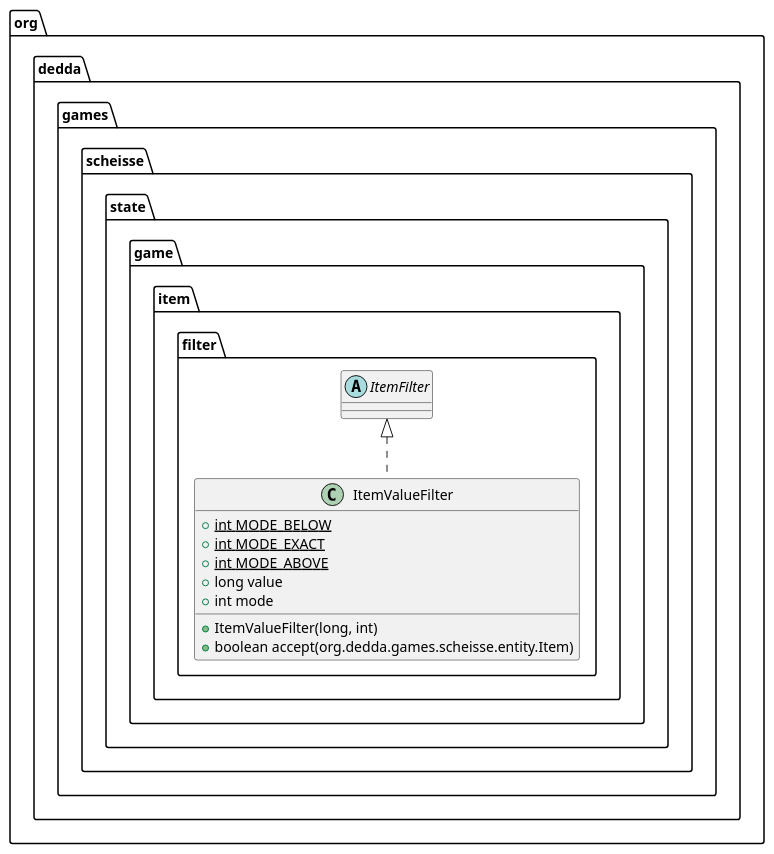
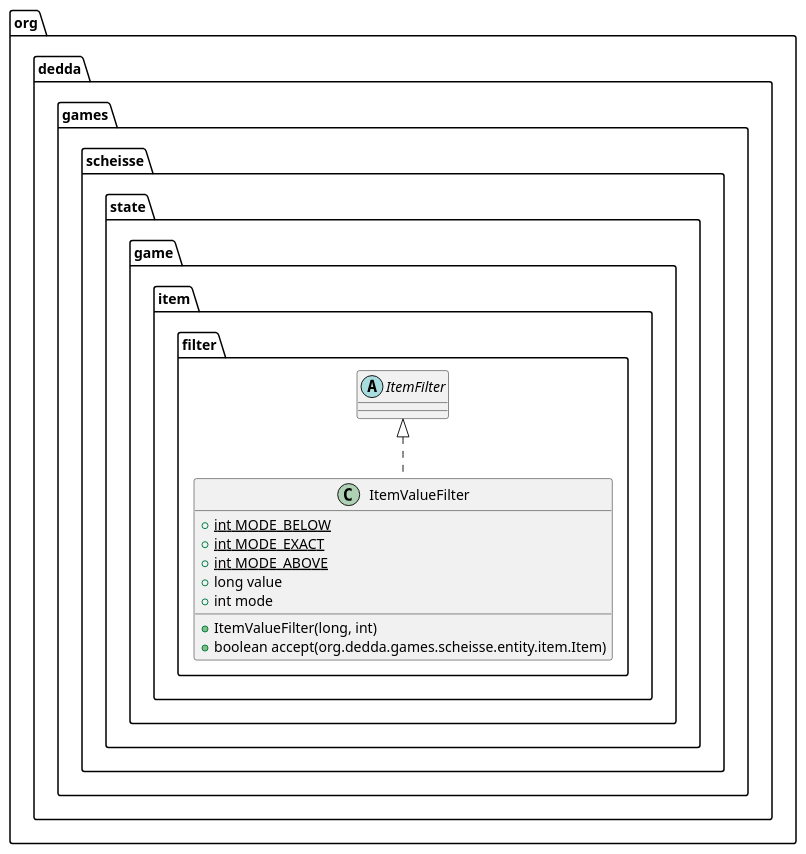
Before and after one commit to gitter-badger/scheisse: the diagram in game/uml/classes/org.dedda.games.scheisse.state.game.item.filter.ItemValueFilter.puml, drawn with PlantUML. The commit also changed 35 other files, not shown here.

```diff
--- a/game/uml/classes/org.dedda.games.scheisse.state.game.item.filter.ItemValueFilter.puml
+++ b/game/uml/classes/org.dedda.games.scheisse.state.game.item.filter.ItemValueFilter.puml
@@ -1,15 +1,15 @@
 @startuml
 abstract class org.dedda.games.scheisse.state.game.item.filter.ItemFilter
 
 class org.dedda.games.scheisse.state.game.item.filter.ItemValueFilter{
     + {static} int MODE_BELOW
     + {static} int MODE_EXACT
     + {static} int MODE_ABOVE
     + long value
     + int mode
     + ItemValueFilter(long, int)
-    + boolean accept(org.dedda.games.scheisse.entity.Item)
+    + boolean accept(org.dedda.games.scheisse.entity.item.Item)
 }
 
 org.dedda.games.scheisse.state.game.item.filter.ItemFilter <|.. org.dedda.games.scheisse.state.game.item.filter.ItemValueFilter
 @enduml
```
